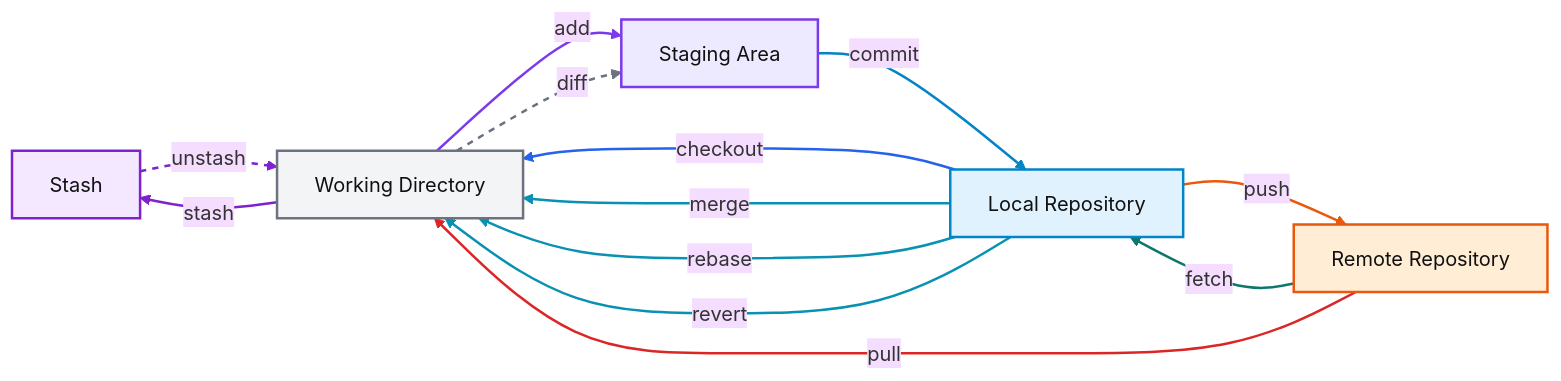
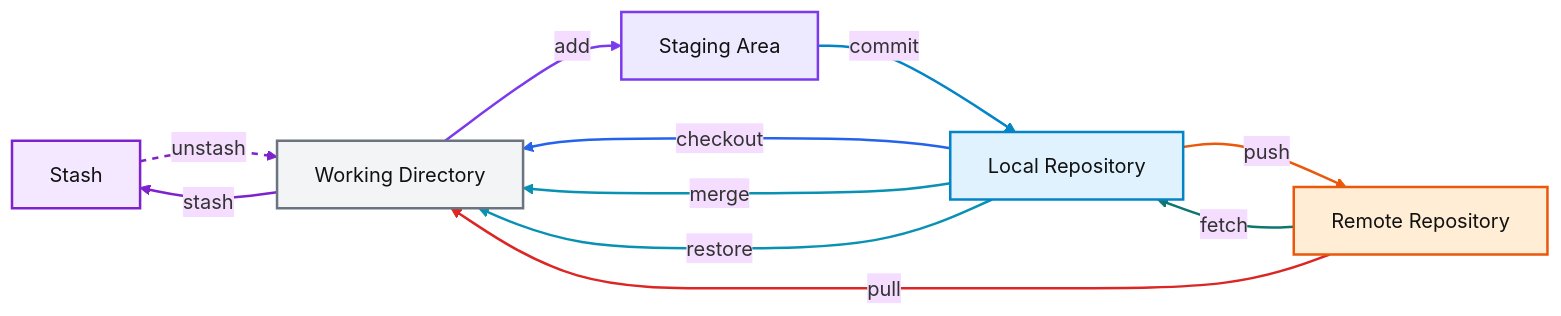
Before and after one commit to iannickgagnon/sagedays_iannick_2026: the first of 8 diagrams in git_1/README.md, drawn with Mermaid (base theme). The commit also changed other lines of this file, not shown here.

Commit message:
docs: Update diagrams

````diff
--- a/git_1/README.md
+++ b/git_1/README.md
@@ -9,47 +9,41 @@
 ```mermaid
 flowchart LR
 
     classDef stash fill:#f3e8ff,stroke:#7e22ce,stroke-width:2px,color:#111111;
     classDef work fill:#f3f4f6,stroke:#6b7280,stroke-width:2px,color:#111111;
     classDef stage fill:#ede9fe,stroke:#7c3aed,stroke-width:2px,color:#111111;
     classDef local fill:#e0f2fe,stroke:#0284c7,stroke-width:2px,color:#111111;
     classDef remote fill:#ffedd5,stroke:#ea580c,stroke-width:2px,color:#111111;
 
     ST[Stash]:::stash
     WD[Working Directory]:::work
     SA[Staging Area]:::stage
     LR[Local Repository]:::local
     RR[Remote Repository]:::remote
 
     WD -->|add| SA
     SA -->|commit| LR
     LR -->|push| RR
     RR -->|fetch| LR
     RR -->|pull| WD
 
     LR -->|checkout| WD
     LR -->|merge| WD
-    LR -->|rebase| WD
-    LR -->|revert| WD
-
-    WD -->|diff| SA
+    LR -->|restore| WD
 
     WD -->|stash| ST
     ST -->|unstash| WD
 
     linkStyle 0 stroke:#7c3aed,stroke-width:2px;
     linkStyle 1 stroke:#0284c7,stroke-width:2px;
     linkStyle 2 stroke:#ea580c,stroke-width:2px;
     linkStyle 3 stroke:#0f766e,stroke-width:2px;
     linkStyle 4 stroke:#dc2626,stroke-width:2px;
 
     linkStyle 5 stroke:#2563eb,stroke-width:2px;
     linkStyle 6 stroke:#0891b2,stroke-width:2px;
     linkStyle 7 stroke:#0891b2,stroke-width:2px;
-    linkStyle 8 stroke:#0891b2,stroke-width:2px;
 
-    linkStyle 9 stroke:#6b7280,stroke-width:2px,stroke-dasharray: 5 5;
-
-    linkStyle 10 stroke:#7e22ce,stroke-width:2px;
-    linkStyle 11 stroke:#7e22ce,stroke-width:2px,stroke-dasharray: 5 5;
+    linkStyle 8 stroke:#7e22ce,stroke-width:2px;
+    linkStyle 9 stroke:#7e22ce,stroke-width:2px,stroke-dasharray: 5 5;
 ```
````
